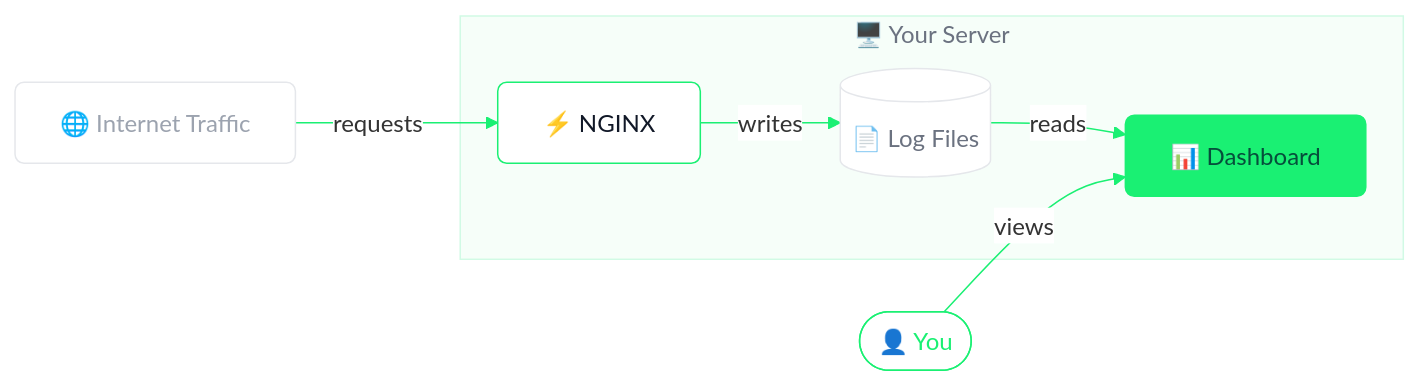
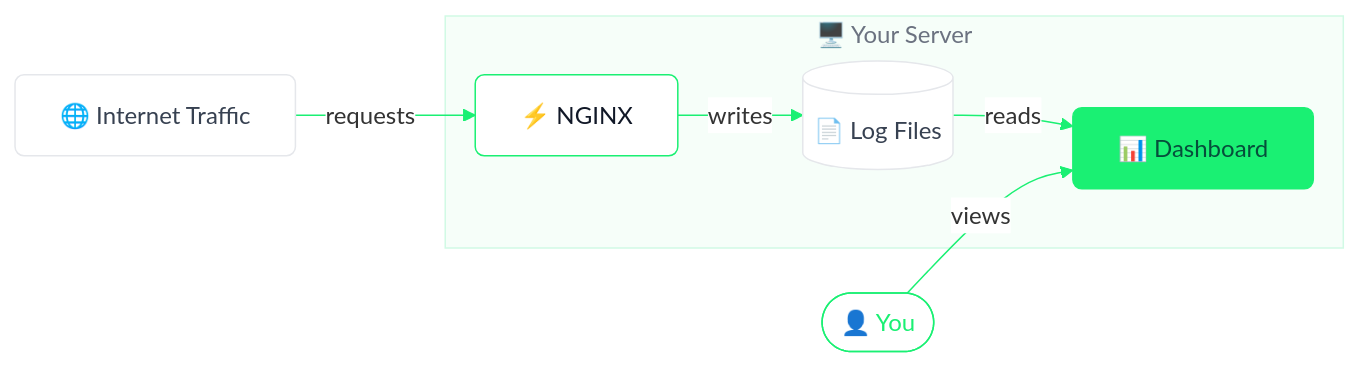
Before and after one commit to tom-draper/nginx-analytics: the diagram in README.md, drawn with Mermaid.

Commit message:
docs: tweak mermaid styling

````diff
--- a/README.md
+++ b/README.md
@@ -19,19 +19,19 @@
 ```mermaid
-%%{init: {'theme': 'base', 'themeVariables': {'lineColor': '#1af073', 'clusterBkg': '#f6fef9', 'clusterBorder': '#d1fae5', 'edgeLabelBackground': '#ffffff'}}}%%
+%%{init: {'theme': 'base', 'themeVariables': {'lineColor': '#1af073', 'clusterBkg': '#f6fef9', 'clusterBorder': '#d1fae5', 'edgeLabelBackground': '#ffffff'}, 'flowchart': {'nodeSpacing': 40, 'rankSpacing': 40, 'diagramPadding': 8}}}%%
 flowchart LR
     Traffic["🌐  Internet Traffic"] -->|requests| NGINX
 
     subgraph Server["🖥️  Your Server"]
         NGINX["⚡ NGINX"] -->|writes| Logs[("📄 Log Files")]
         Logs -->|reads| Dashboard["📊 Dashboard"]
     end
 
     You(["👤 You"]) -->|views| Dashboard
 
-    style Traffic   fill:#ffffff,stroke:#e5e7eb,color:#9ca3af,rx:6,ry:6
+    style Traffic   fill:#ffffff,stroke:#e5e7eb,color:#374151,rx:6,ry:6
     style NGINX     fill:#ffffff,stroke:#1af073,color:#111827,rx:6,ry:6
-    style Logs      fill:#ffffff,stroke:#e5e7eb,color:#6b7280,rx:6,ry:6
+    style Logs      fill:#ffffff,stroke:#e5e7eb,color:#374151,rx:6,ry:6
     style Dashboard fill:#1af073,stroke:#1af073,color:#064e3b,rx:6,ry:6
     style You       fill:#ffffff,stroke:#1af073,color:#1af073,rx:6,ry:6
     style Server    fill:#f6fef9,stroke:#d1fae5,color:#6b7280
 ```
````
